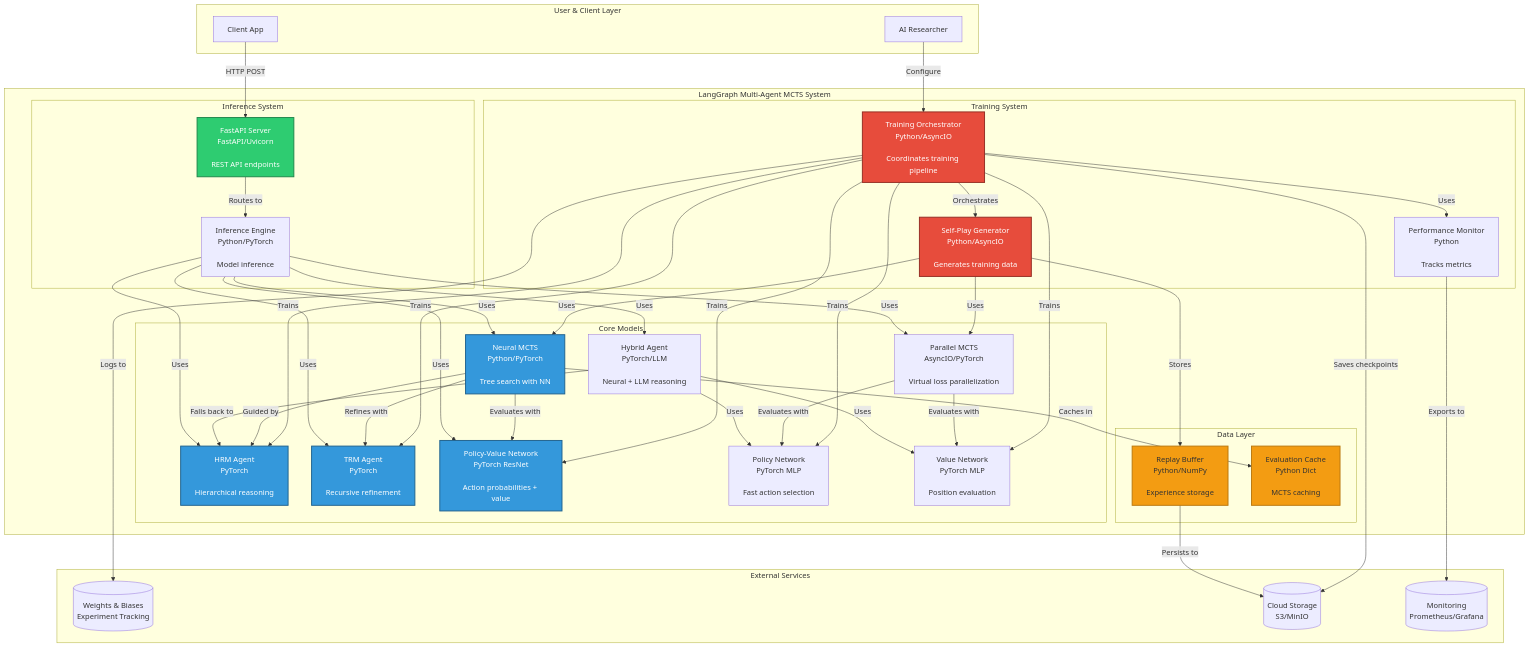
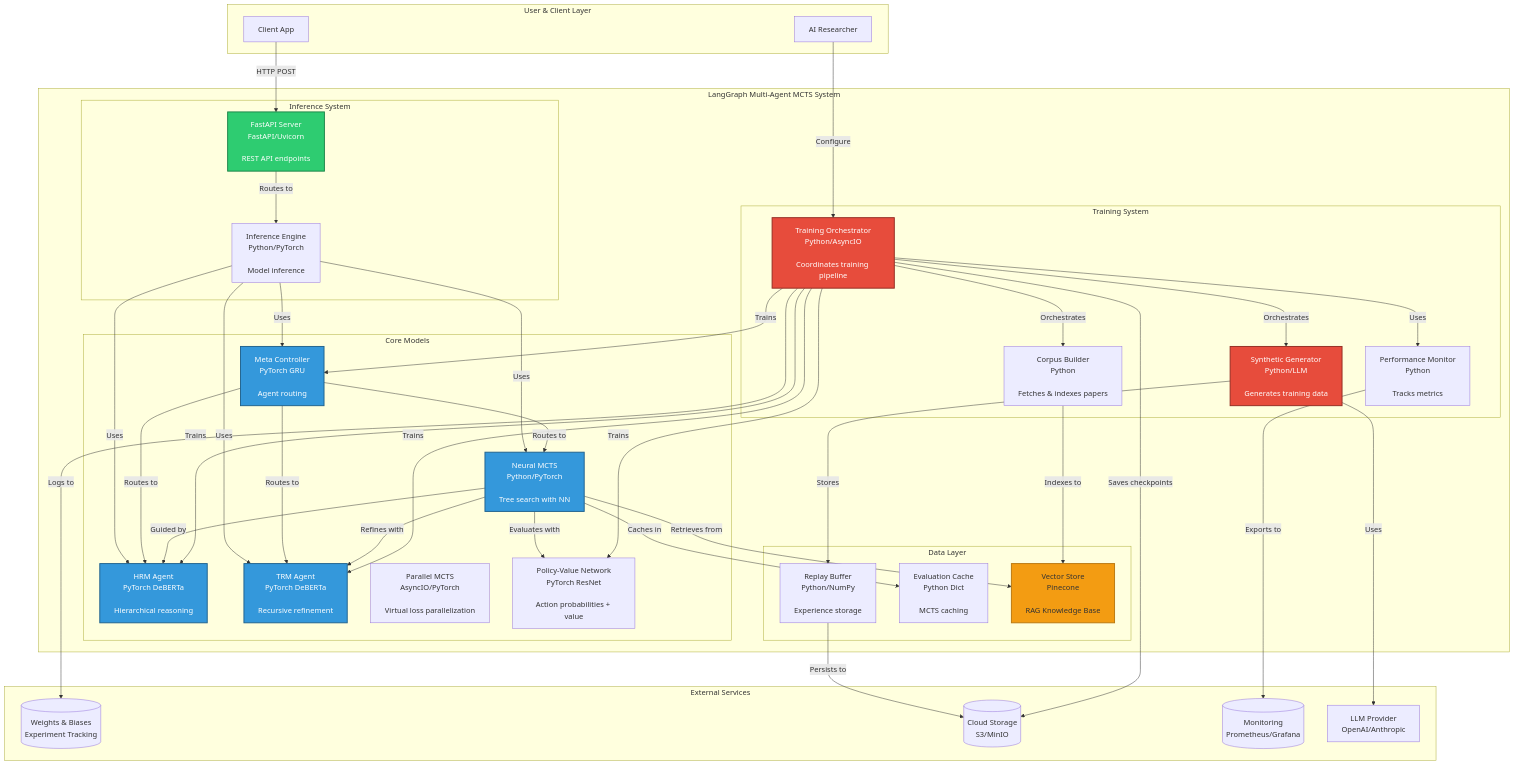
One commit to ianshank/langgraph_multi_agent_mcts changed the second of 5 diagrams in docs/C4_ARCHITECTURE.md. Above: the diagram before and after it, drawn with Mermaid. The commit also changed other lines of this file and 11 other files, not shown here.

Commit message:
feat: production training pipeline with docker, synthetic data, and robust integration tests

````diff
--- a/docs/C4_ARCHITECTURE.md
+++ b/docs/C4_ARCHITECTURE.md
@@ -73,19 +81,18 @@
     subgraph "LangGraph Multi-Agent MCTS System"
         subgraph "Training System"
             Orchestrator[Training Orchestrator<br/>Python/AsyncIO<br/><br/>Coordinates training pipeline]
-            SelfPlay[Self-Play Generator<br/>Python/AsyncIO<br/><br/>Generates training data]
+            DataGen[Synthetic Generator<br/>Python/LLM<br/><br/>Generates training data]
+            CorpusBuilder[Corpus Builder<br/>Python<br/><br/>Fetches & indexes papers]
             Monitor[Performance Monitor<br/>Python<br/><br/>Tracks metrics]
         end
 
         subgraph "Core Models"
-            HRM[HRM Agent<br/>PyTorch<br/><br/>Hierarchical reasoning]
-            TRM[TRM Agent<br/>PyTorch<br/><br/>Recursive refinement]
+            HRM[HRM Agent<br/>PyTorch DeBERTa<br/><br/>Hierarchical reasoning]
+            TRM[TRM Agent<br/>PyTorch DeBERTa<br/><br/>Recursive refinement]
             MCTS[Neural MCTS<br/>Python/PyTorch<br/><br/>Tree search with NN]
+            MetaController[Meta Controller<br/>PyTorch GRU<br/><br/>Agent routing]
             ParallelMCTS[Parallel MCTS<br/>AsyncIO/PyTorch<br/><br/>Virtual loss parallelization]
             PVNet[Policy-Value Network<br/>PyTorch ResNet<br/><br/>Action probabilities + value]
-            PolicyNet[Policy Network<br/>PyTorch MLP<br/><br/>Fast action selection]
-            ValueNet[Value Network<br/>PyTorch MLP<br/><br/>Position evaluation]
-            HybridAgent[Hybrid Agent<br/>PyTorch/LLM<br/><br/>Neural + LLM reasoning]
         end
 
         subgraph "Inference System"
@@ -96,6 +103,7 @@
         subgraph "Data Layer"
             ReplayBuffer[Replay Buffer<br/>Python/NumPy<br/><br/>Experience storage]
             Cache[Evaluation Cache<br/>Python Dict<br/><br/>MCTS caching]
+            VectorStore[Vector Store<br/>Pinecone<br/><br/>RAG Knowledge Base]
         end
     end
 
@@ -103,42 +111,39 @@
         WandB[(Weights & Biases<br/>Experiment Tracking)]
         S3[(Cloud Storage<br/>S3/MinIO)]
         Prometheus[(Monitoring<br/>Prometheus/Grafana)]
+        LLMProvider[LLM Provider<br/>OpenAI/Anthropic]
     end
 
     User -->|Configure| Orchestrator
     Client -->|HTTP POST| API
 
-    Orchestrator -->|Orchestrates| SelfPlay
+    Orchestrator -->|Orchestrates| DataGen
+    Orchestrator -->|Orchestrates| CorpusBuilder
     Orchestrator -->|Trains| HRM
     Orchestrator -->|Trains| TRM
     Orchestrator -->|Trains| PVNet
-    Orchestrator -->|Trains| PolicyNet
-    Orchestrator -->|Trains| ValueNet
+    Orchestrator -->|Trains| MetaController
     Orchestrator -->|Uses| Monitor
 
-    SelfPlay -->|Uses| MCTS
-    SelfPlay -->|Uses| ParallelMCTS
-    SelfPlay -->|Stores| ReplayBuffer
+    DataGen -->|Uses| LLMProvider
+    DataGen -->|Stores| ReplayBuffer
+    CorpusBuilder -->|Indexes to| VectorStore
 
     MCTS -->|Evaluates with| PVNet
     MCTS -->|Caches in| Cache
     MCTS -->|Guided by| HRM
     MCTS -->|Refines with| TRM
+    MCTS -->|Retrieves from| VectorStore
 
-    ParallelMCTS -->|Evaluates with| PolicyNet
-    ParallelMCTS -->|Evaluates with| ValueNet
-
-    HybridAgent -->|Uses| PolicyNet
-    HybridAgent -->|Uses| ValueNet
-    HybridAgent -->|Falls back to| HRM
+    MetaController -->|Routes to| HRM
+    MetaController -->|Routes to| TRM
+    MetaController -->|Routes to| MCTS
 
     API -->|Routes to| InferenceEngine
+    InferenceEngine -->|Uses| MetaController
     InferenceEngine -->|Uses| HRM
     InferenceEngine -->|Uses| TRM
     InferenceEngine -->|Uses| MCTS
-    InferenceEngine -->|Uses| ParallelMCTS
-    InferenceEngine -->|Uses| PVNet
-    InferenceEngine -->|Uses| HybridAgent
 
     Orchestrator -->|Logs to| WandB
     Monitor -->|Exports to| Prometheus
@@ -146,12 +151,11 @@
     ReplayBuffer -->|Persists to| S3
 
     style Orchestrator fill:#E74C3C,stroke:#922B21,stroke-width:2px,color:#fff
-    style SelfPlay fill:#E74C3C,stroke:#922B21,stroke-width:2px,color:#fff
+    style DataGen fill:#E74C3C,stroke:#922B21,stroke-width:2px,color:#fff
     style HRM fill:#3498DB,stroke:#1F618D,stroke-width:2px,color:#fff
     style TRM fill:#3498DB,stroke:#1F618D,stroke-width:2px,color:#fff
     style MCTS fill:#3498DB,stroke:#1F618D,stroke-width:2px,color:#fff
-    style PVNet fill:#3498DB,stroke:#1F618D,stroke-width:2px,color:#fff
+    style MetaController fill:#3498DB,stroke:#1F618D,stroke-width:2px,color:#fff
     style API fill:#2ECC71,stroke:#1E8449,stroke-width:2px,color:#fff
-    style ReplayBuffer fill:#F39C12,stroke:#B9770E,stroke-width:2px
-    style Cache fill:#F39C12,stroke:#B9770E,stroke-width:2px
+    style VectorStore fill:#F39C12,stroke:#B9770E,stroke-width:2px
 ```
````
